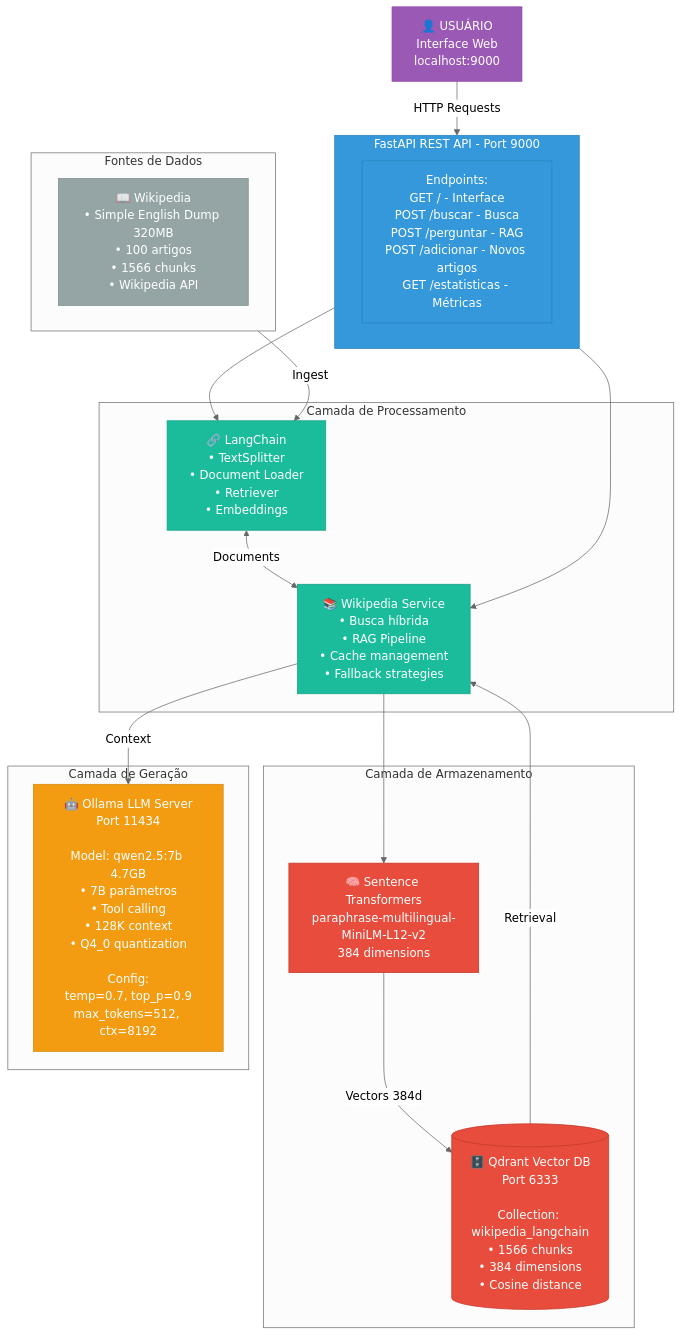
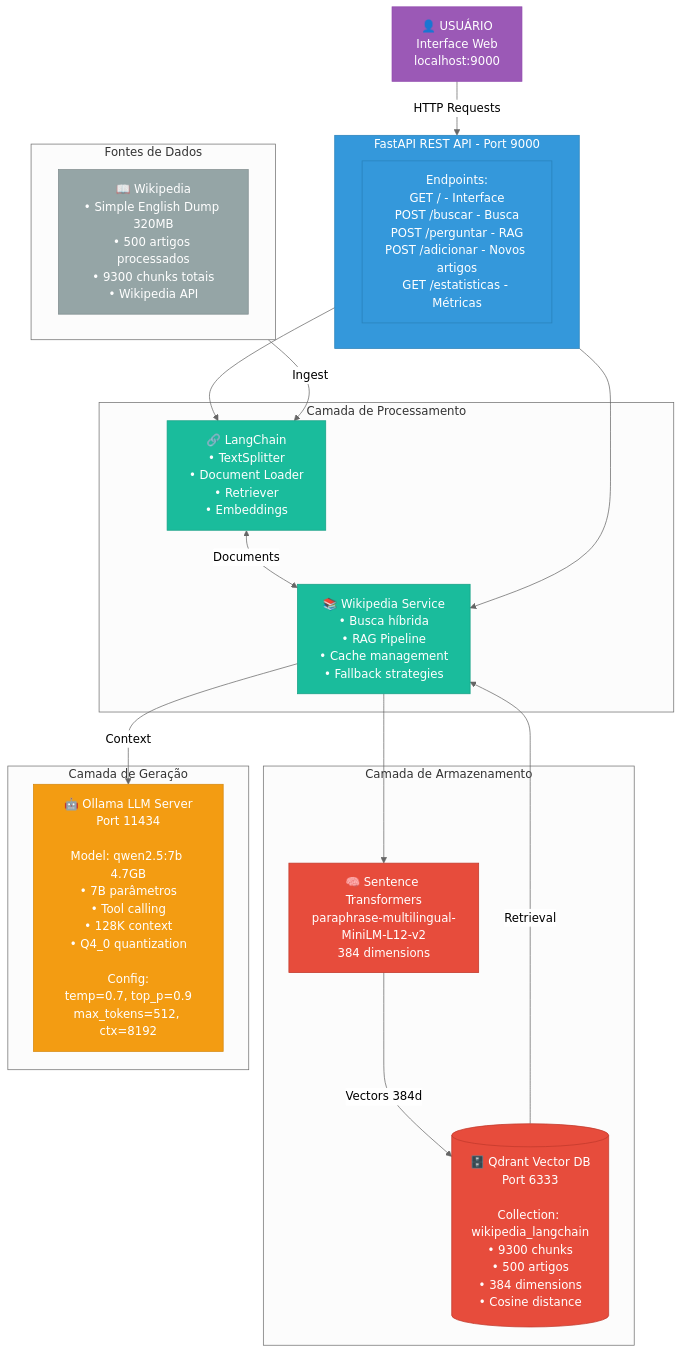
One commit to ekotuja-AI/custom-knowledge-base changed the first of 4 diagrams in README.md. Above: the diagram before and after it, drawn with Mermaid (neutral theme). The commit also changed other lines of this file, not shown here.

````diff
--- a/README.md
+++ b/README.md
@@ -40,50 +40,50 @@
 ```mermaid
 graph TB
     User[👤 USUÁRIO<br/>Interface Web<br/>localhost:9000]
     
     subgraph API[FastAPI REST API - Port 9000]
         Routes[Endpoints:<br/>GET / - Interface<br/>POST /buscar - Busca<br/>POST /perguntar - RAG<br/>POST /adicionar - Novos artigos<br/>GET /estatisticas - Métricas]
     end
     
     subgraph Processing[Camada de Processamento]
         LangChain[🔗 LangChain<br/>• TextSplitter<br/>• Document Loader<br/>• Retriever<br/>• Embeddings]
         WikiService[📚 Wikipedia Service<br/>• Busca híbrida<br/>• RAG Pipeline<br/>• Cache management<br/>• Fallback strategies]
     end
     
     subgraph Storage[Camada de Armazenamento]
         ST[🧠 Sentence Transformers<br/>paraphrase-multilingual-<br/>MiniLM-L12-v2<br/>384 dimensions]
-        Qdrant[(🗄️ Qdrant Vector DB<br/>Port 6333<br/><br/>Collection: wikipedia_langchain<br/>• 1566 chunks<br/>• 384 dimensions<br/>• Cosine distance)]
+        Qdrant[(🗄️ Qdrant Vector DB<br/>Port 6333<br/><br/>Collection: wikipedia_langchain<br/>• 9300 chunks<br/>• 500 artigos<br/>• 384 dimensions<br/>• Cosine distance)]
     end
     
     subgraph LLM[Camada de Geração]
         Ollama[🤖 Ollama LLM Server<br/>Port 11434<br/><br/>Model: qwen2.5:7b 4.7GB<br/>• 7B parâmetros<br/>• Tool calling<br/>• 128K context<br/>• Q4_0 quantization<br/><br/>Config:<br/>temp=0.7, top_p=0.9<br/>max_tokens=512, ctx=8192]
     end
     
     subgraph Data[Fontes de Dados]
-        Wiki[📖 Wikipedia<br/>• Simple English Dump 320MB<br/>• 100 artigos<br/>• 1566 chunks<br/>• Wikipedia API]
+        Wiki[📖 Wikipedia<br/>• Simple English Dump 320MB<br/>• 500 artigos processados<br/>• 9300 chunks totais<br/>• Wikipedia API]
     end
     
     User -->|HTTP Requests| API
     API --> LangChain
     API --> WikiService
     LangChain <-->|Documents| WikiService
     WikiService --> ST
     ST -->|Vectors 384d| Qdrant
     WikiService -->|Context| Ollama
     Qdrant -->|Retrieval| WikiService
     Data -->|Ingest| LangChain
     
     classDef userClass fill:#9b59b6,stroke:#8e44ad,color:#fff
     classDef apiClass fill:#3498db,stroke:#2980b9,color:#fff
     classDef processClass fill:#1abc9c,stroke:#16a085,color:#fff
     classDef storageClass fill:#e74c3c,stroke:#c0392b,color:#fff
     classDef llmClass fill:#f39c12,stroke:#d68910,color:#fff
     classDef dataClass fill:#95a5a6,stroke:#7f8c8d,color:#fff
     
     class User userClass
     class API,Routes apiClass
     class LangChain,WikiService processClass
     class ST,Qdrant storageClass
     class Ollama llmClass
     class Wiki dataClass
 ```
````
